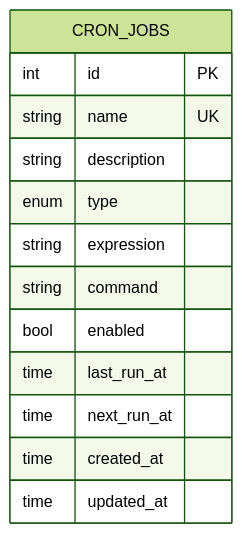
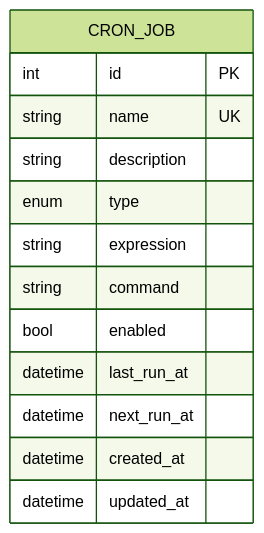
Before and after one commit to wuwuseo/e-sports-go-admin: the seventh of 12 diagrams in .qoder/repowiki/zh/content/数据库设计/数据库设计.md, drawn with Mermaid (forest theme). The commit also changed other lines of this file and 115 other files, not shown here.

````diff
--- a/.qoder/repowiki/zh/content/数据库设计/数据库设计.md
+++ b/.qoder/repowiki/zh/content/数据库设计/数据库设计.md
@@ -332,16 +339,16 @@
 ```mermaid
 erDiagram
-CRON_JOBS {
+CRON_JOB {
 int id PK
 string name UK
 string description
 enum type
 string expression
 string command
 bool enabled
-time last_run_at
-time next_run_at
-time created_at
-time updated_at
+datetime last_run_at
+datetime next_run_at
+datetime created_at
+datetime updated_at
 }
 ```
````
